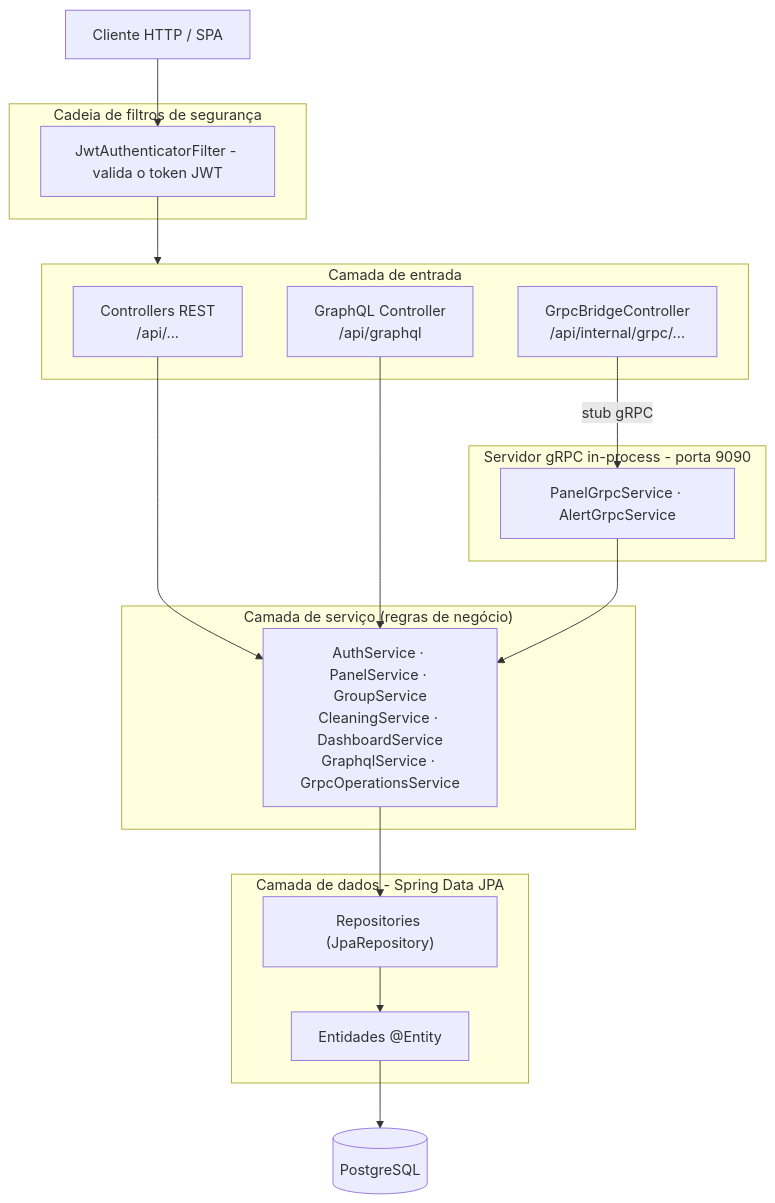
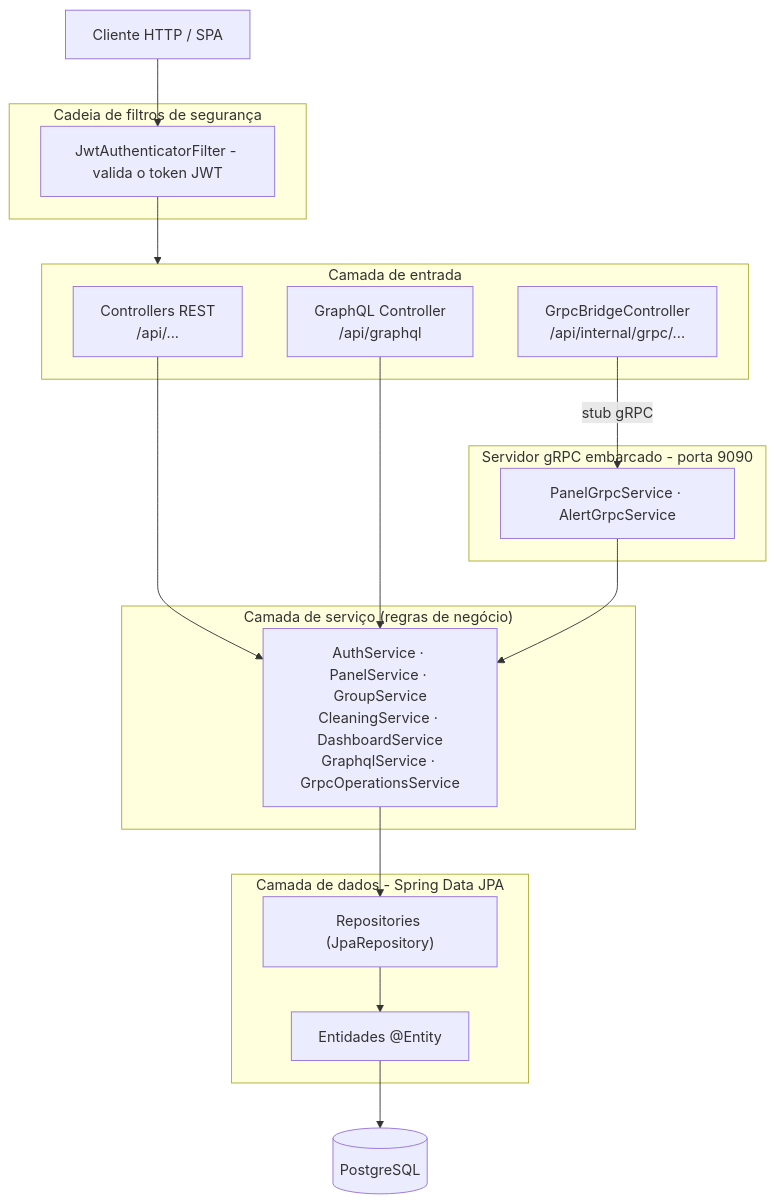
The second of 4 diagrams in docs/ARQUITETURA.md (danieltanjos/SolarVision), drawn with Mermaid before and after one commit. The commit also changed other lines of this file and 17 other files, not shown here.

````diff
--- a/docs/ARQUITETURA.md
+++ b/docs/ARQUITETURA.md
@@ -52,35 +52,35 @@
 ```mermaid
 flowchart TD
     client["Cliente HTTP / SPA"]
 
     subgraph filtro["Cadeia de filtros de segurança"]
         jwt["JwtAuthenticatorFilter - valida o token JWT"]
     end
 
     subgraph entrada["Camada de entrada"]
         rest["Controllers REST<br/>/api/..."]
         gql["GraphQL Controller<br/>/api/graphql"]
         bridge["GrpcBridgeController<br/>/api/internal/grpc/..."]
     end
 
     subgraph negocio["Camada de serviço (regras de negócio)"]
         services["AuthService · PanelService · GroupService<br/>CleaningService · DashboardService<br/>GraphqlService · GrpcOperationsService"]
     end
 
-    subgraph grpc["Servidor gRPC in-process - porta 9090"]
+    subgraph grpc["Servidor gRPC embarcado - porta 9090"]
         grpcimpl["PanelGrpcService · AlertGrpcService"]
     end
 
     subgraph dados["Camada de dados - Spring Data JPA"]
         repos["Repositories (JpaRepository)"]
         entities["Entidades @Entity"]
     end
 
     db[("PostgreSQL")]
 
     client --> jwt --> entrada
     rest --> services
     gql --> services
     bridge -->|stub gRPC| grpcimpl --> services
     services --> repos --> entities --> db
 ```
````
